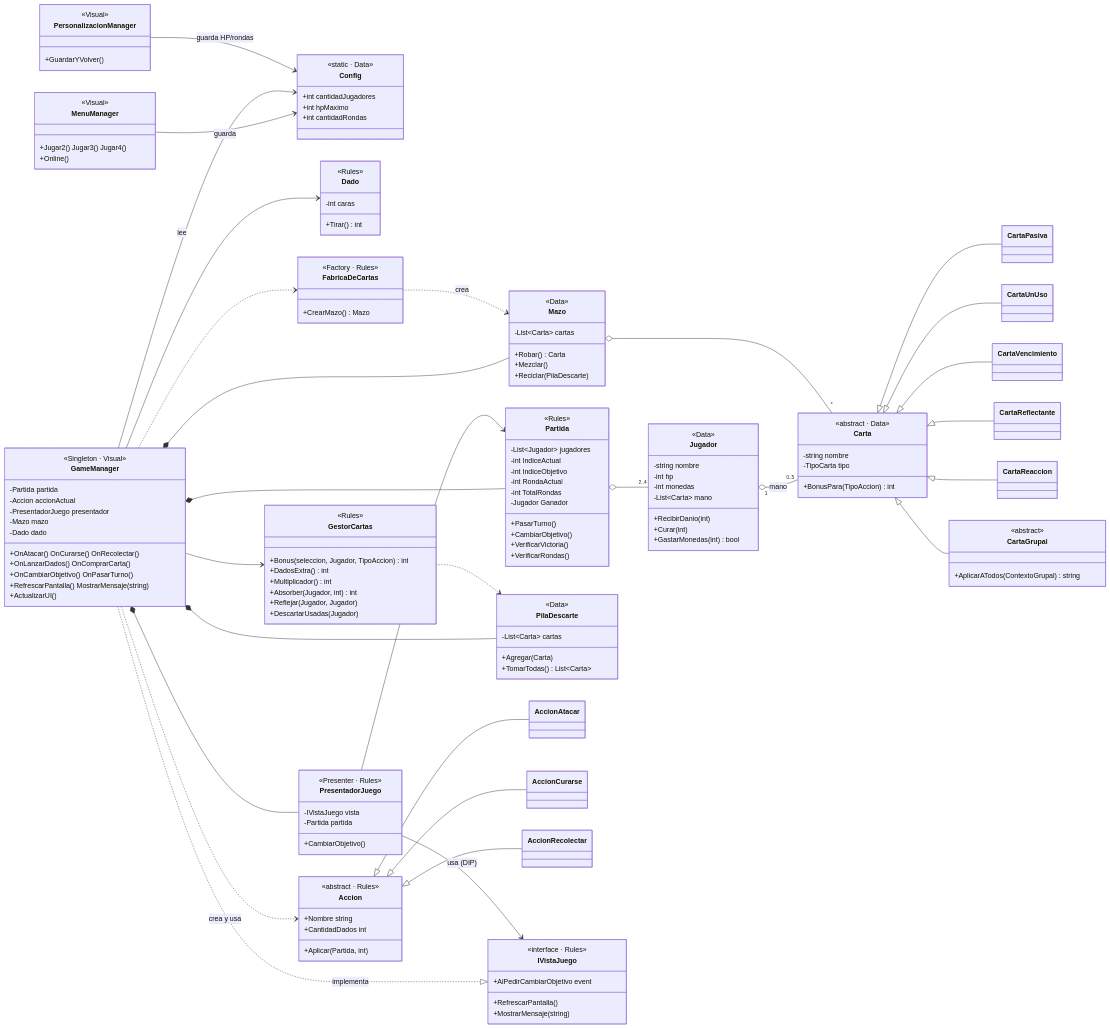
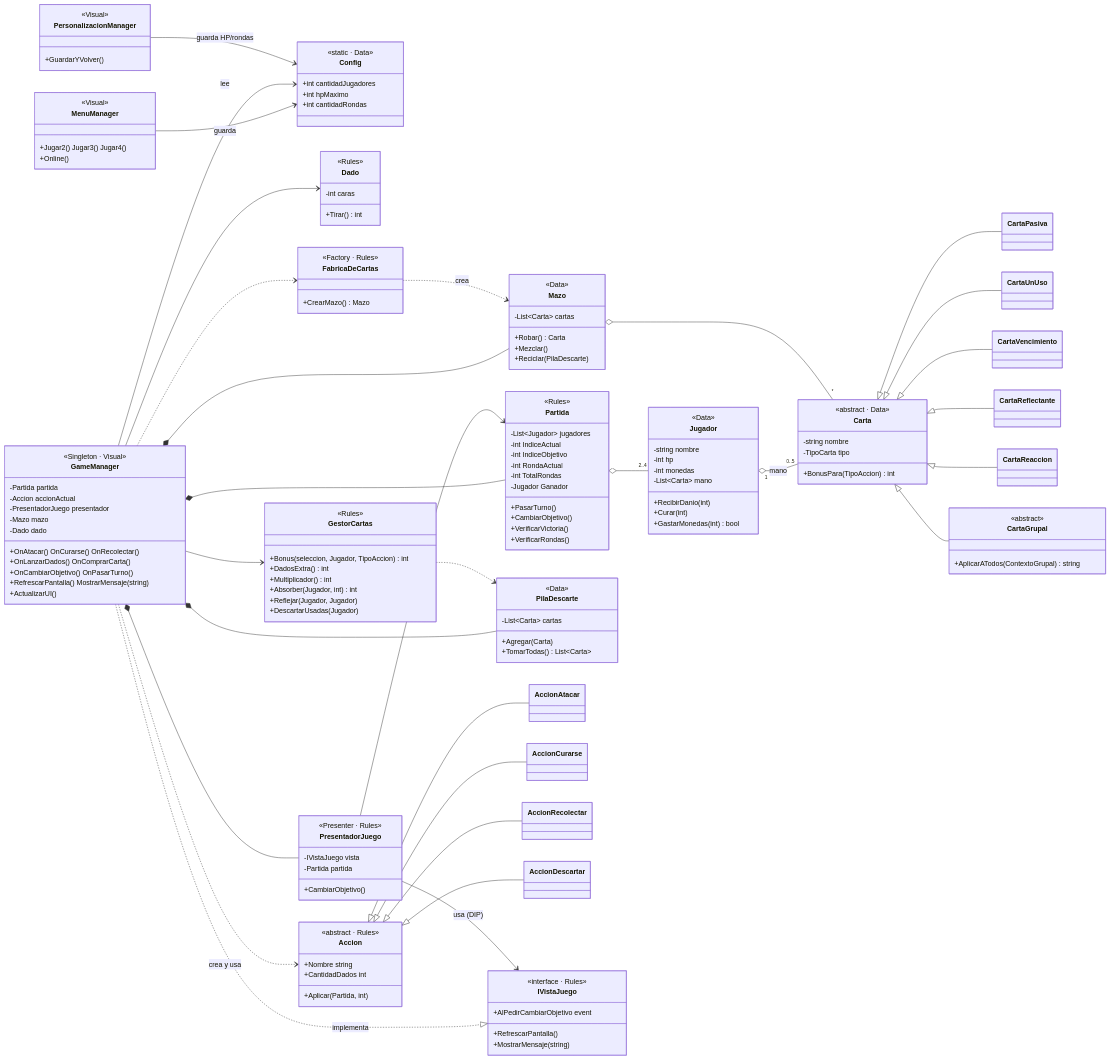
Before and after one commit to wackxion/MONATAC: the first of 5 diagrams in UML.md, drawn with Mermaid. The commit also changed other lines of this file and 5 other files, not shown here.

Commit message:
Accion Descartar (accion secundaria con herencia/polimorfismo) + docs Hito 2

```diff
--- a/UML.md
+++ b/UML.md
@@ -142,6 +142,7 @@
     class AccionAtacar
     class AccionCurarse
     class AccionRecolectar
+    class AccionDescartar
     class IVistaJuego {
         <<interface · Rules>>
         +AlPedirCambiarObjetivo event
@@ -181,6 +182,7 @@
     Accion <|-- AccionAtacar
     Accion <|-- AccionCurarse
     Accion <|-- AccionRecolectar
+    Accion <|-- AccionDescartar
     GameManager ..> Accion : crea y usa
     GameManager ..|> IVistaJuego : implementa
     GameManager *-- PresentadorJuego
```
